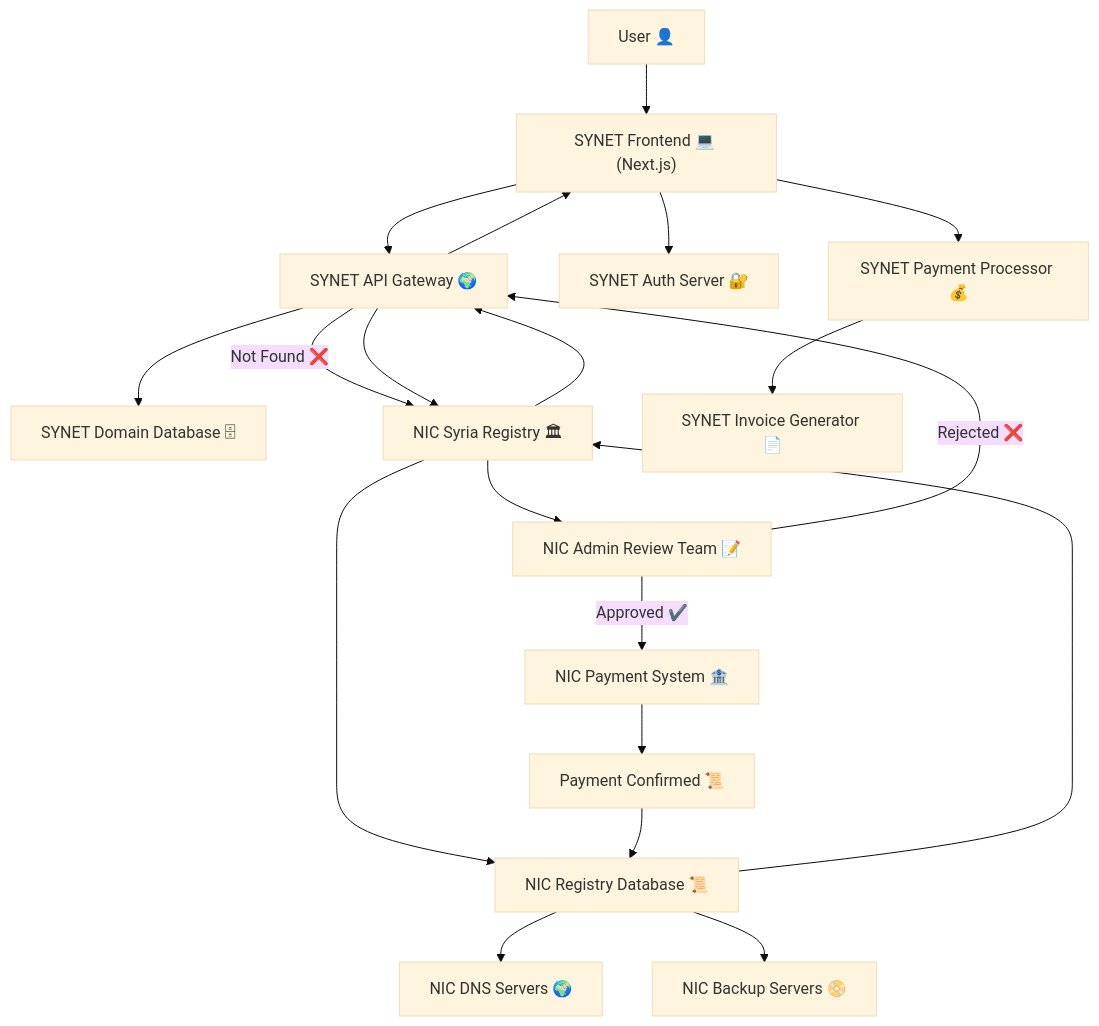
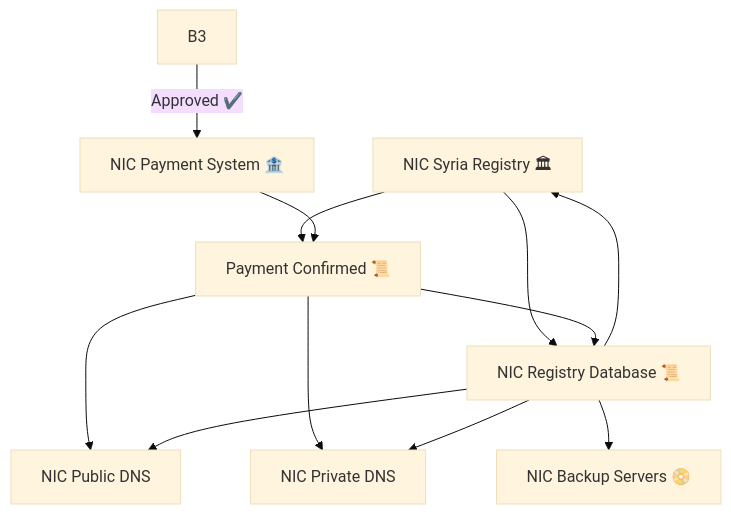
The second of 2 diagrams in system.md (MHA963/Sy-Net), drawn with Mermaid (base theme) before and after one commit. The commit also changed other lines of this file, not shown here.

````diff
--- a/system.md
+++ b/system.md
@@ -76,34 +104,19 @@
 ```mermaid
 graph TD;
 
-    %% 🟢 User Interaction
-    A1["User 👤"] --> A2["SYNET Frontend 💻 (Next.js)"]
-    A2 --> A3["SYNET API Gateway 🌍"]
-    A3 --> A4["SYNET Domain Database 🗄"]
+    %% NIC Syria Backend (Hardware and Software Components)
+    B1["NIC Syria Registry 🏛"] --> B2["NIC Registry Database 📜"]
+    B2 --> B1
+    B2 --> B8["NIC Backup Servers 📀"]
+    B1 --> B5["NIC DNS Servers 🌍"]
+    B5 --> B6["NIC Public DNS"]
+    B5 --> B7["NIC Private DNS"]
 
-    %% 🔄 If domain is not found locally, query NIC Syria
-    A3 -- "Not Found ❌" --> B1["NIC Syria Registry 🏛"]
-    B1 --> B2["NIC Registry Database 📜"]
-    B2 --> B1
-    B1 --> A3
-
-    %% 📝 User Proceeds to Register Domain
-    A2 --> A5["SYNET Auth Server 🔐"]
-    A2 --> A6["SYNET Payment Processor 💰"]
-    A6 --> A7["SYNET Invoice Generator 📄"]
-
-    %% 📩 SYNET Requests NIC Syria for Registration
-    A3 --> B1
-    B1 --> B3["NIC Admin Review Team 📝"]
-    
-    %% ✅ Domain Registration Approval Flow
+    %% Domain Registration Approval Flow
     B3 -- "Approved ✔️" --> B4["NIC Payment System 🏦"]
     B4 --> B5["Payment Confirmed 📜"]
     B5 --> B2
-    B2 --> B6["NIC DNS Servers 🌍"]
-    B2 --> B7["NIC Backup Servers 📀"]
+    B2 --> B6
+    B2 --> B7
 
-    %% ❌ Alternative Rejection Flow
-    B3 -- "Rejected ❌" --> A3
-    A3 --> A2
 ```	
````
